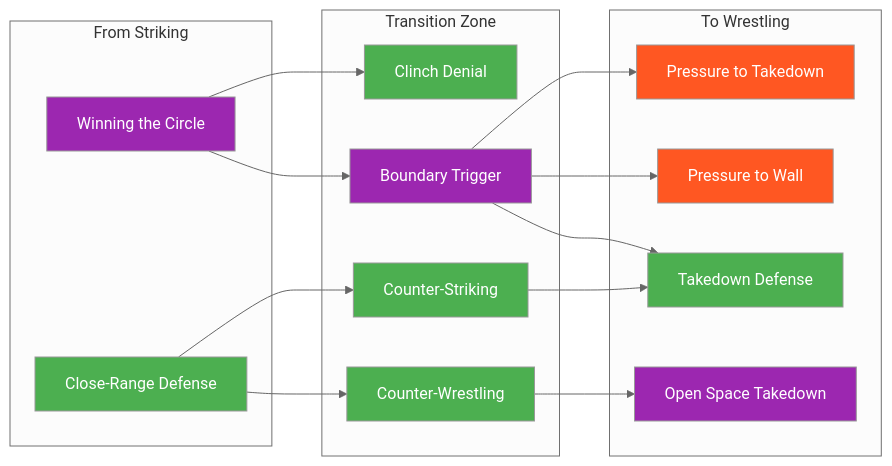
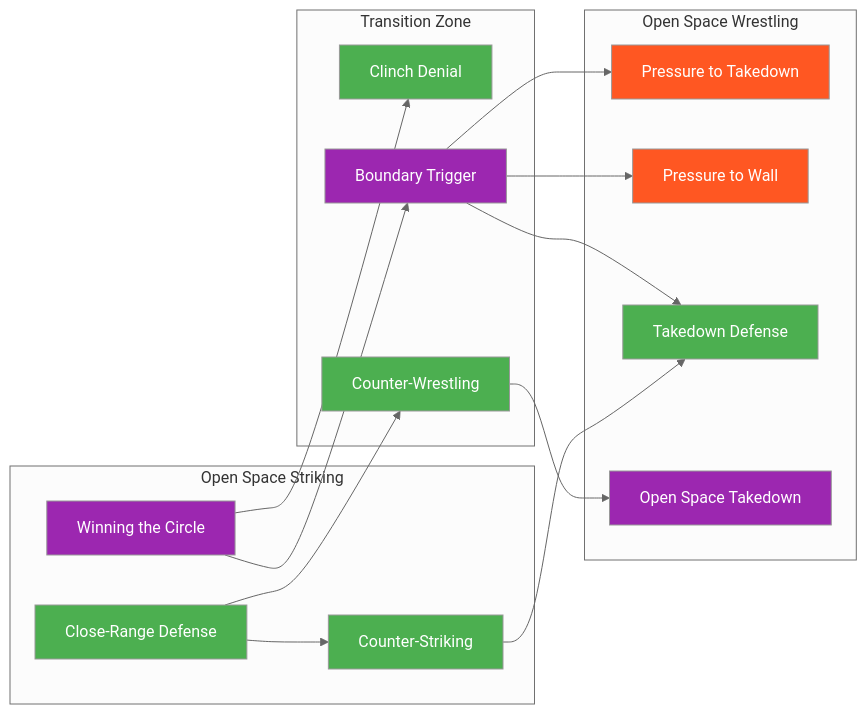
The fourth of 7 diagrams in docs/system/map.md (ACalienes/Ecological-MMA-Game-System), drawn with Mermaid (neutral theme) before and after one commit. The commit also changed other lines of this file and 1 other file, not shown here.

First line of the commit message:
Fix pan/zoom for master flowchart and correct Counter-Striking placement

````diff
--- a/docs/system/map.md
+++ b/docs/system/map.md
@@ -339,42 +337,42 @@
 ```mermaid
 flowchart LR
-    subgraph FROM_STRIKING["From Striking"]
+    subgraph STRIKING["Open Space Striking"]
         WC[Winning the Circle]
         CRD[Close-Range Defense]
+        CS[Counter-Striking]
     end
 
     subgraph TRANSITION["Transition Zone"]
         CD[Clinch Denial]
-        CS[Counter-Striking]
         CW[Counter-Wrestling]
         BT[Boundary Trigger]
     end
 
-    subgraph TO_WRESTLING["To Wrestling"]
+    subgraph WRESTLING["Open Space Wrestling"]
         PTT[Pressure to Takedown]
         PTW[Pressure to Wall]
         TDD[Takedown Defense]
         OST[Open Space Takedown]
     end
 
     WC --> BT
     WC --> CD
     CRD --> CS
     CRD --> CW
     BT --> PTT
     BT --> PTW
     BT --> TDD
     CS --> TDD
     CW --> OST
 
     style WC fill:#9C27B0,color:#fff
     style CRD fill:#4CAF50,color:#fff
+    style CS fill:#4CAF50,color:#fff
     style CD fill:#4CAF50,color:#fff
-    style CS fill:#4CAF50,color:#fff
     style CW fill:#4CAF50,color:#fff
     style BT fill:#9C27B0,color:#fff
     style PTT fill:#FF5722,color:#fff
     style PTW fill:#FF5722,color:#fff
     style TDD fill:#4CAF50,color:#fff
     style OST fill:#9C27B0,color:#fff
 ```
````
